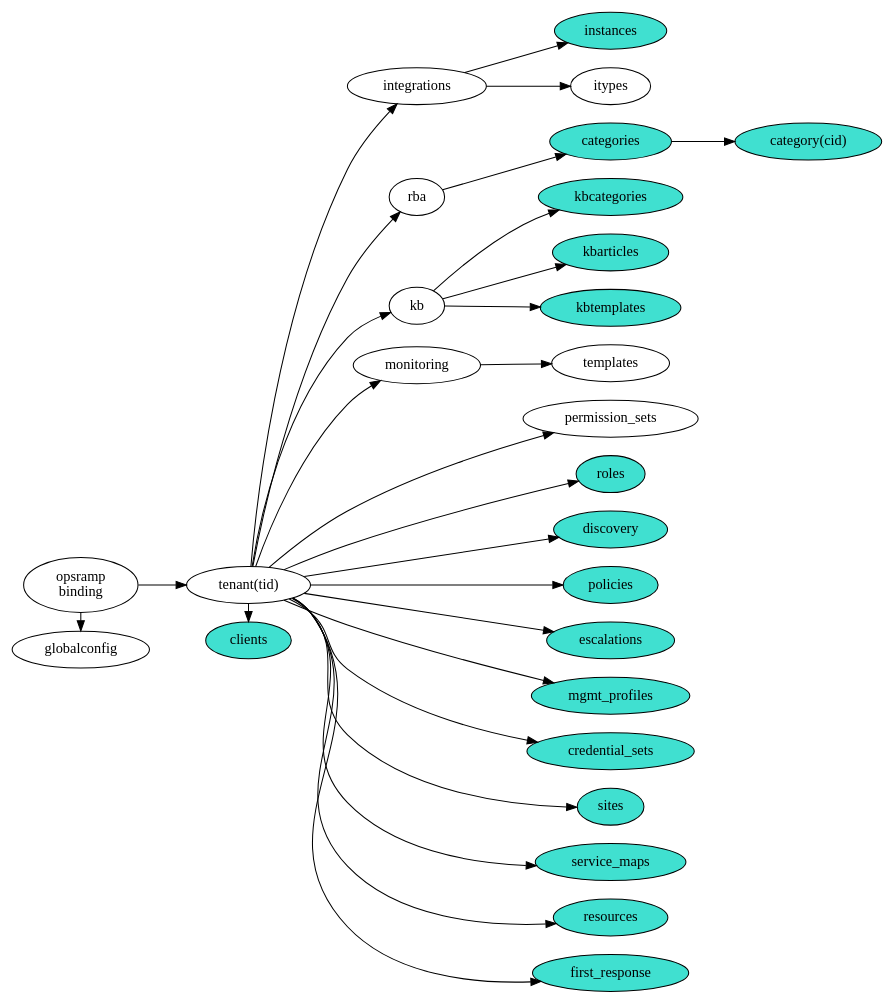
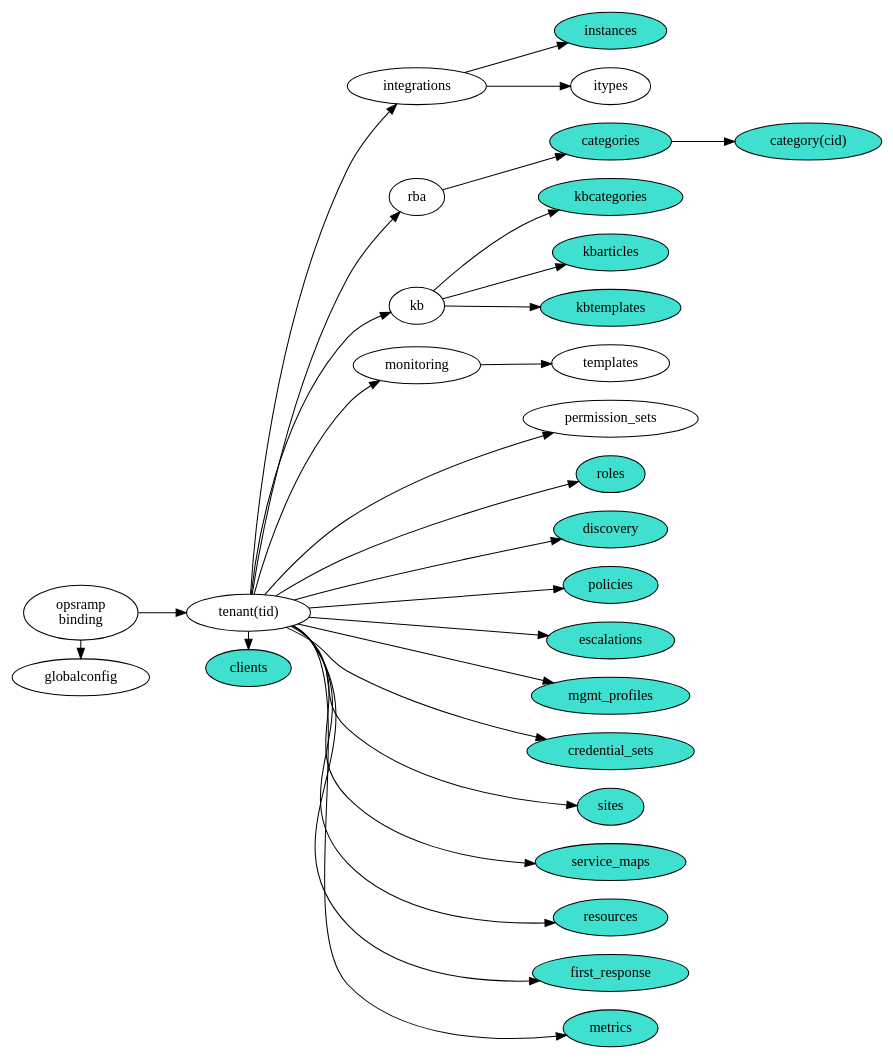
One commit to HewlettPackard/python-opsramp changed the diagram in classes.dot. Above: the diagram before and after it, drawn with Graphviz.

```diff
--- a/classes.dot
+++ b/classes.dot
@@ -1,54 +1,55 @@
 # classes.dot
 # An input file for graphviz that produces a diagram of the relationship
 # between the various classes in the python-opsramp language binding.
 #
 # (c) Copyright 2019-2020 Hewlett Packard Enterprise Development LP
 #
 # Licensed under the Apache License, Version 2.0 (the "License");
 # you may not use this file except in compliance with the License.
 # You may obtain a copy of the License at
 #
 #     http://www.apache.org/licenses/LICENSE-2.0
 #
 # Unless required by applicable law or agreed to in writing, software
 # distributed under the License is distributed on an "AS IS" BASIS,
 # WITHOUT WARRANTIES OR CONDITIONS OF ANY KIND, either express or implied.
 # See the License for the specific language governing permissions and
 # limitations under the License.
 #
 digraph {
   rankdir="LR";
   binding -> { globalconfig tenant }
-  tenant -> { clients integrations rba kb monitoring permission_sets roles discovery policies escalations mgmt_profiles credential_sets sites service_maps resources first_response}
+  tenant -> { clients integrations rba kb monitoring permission_sets roles discovery policies escalations mgmt_profiles credential_sets sites service_maps resources first_response metrics}
   rba -> categories
   categories -> category
   monitoring -> templates
   integrations -> { instances itypes }
   kb -> kbcategories
   kb -> kbarticles
   kb -> kbtemplates
 
   { rank=same binding globalconfig }
   { rank=same tenant clients }
-  { rank=same categories templates policies itypes instances discovery credential_sets permission_sets roles escalations mgmt_profiles sites service_maps resources first_response}
+  { rank=same categories templates policies itypes instances discovery credential_sets permission_sets roles escalations mgmt_profiles sites service_maps resources first_response metrics}
 
   binding [label="opsramp\nbinding"]
   tenant [label="tenant(tid)"]
   category [label="category(cid)" style="filled" fillcolor="turquoise"]
   instances [style="filled" fillcolor="turquoise"]
   categories [style="filled" fillcolor="turquoise"]
   policies [style="filled" fillcolor="turquoise"]
   clients [style="filled" fillcolor="turquoise"]
   discovery [style="filled" fillcolor="turquoise"]
   credential_sets [style="filled" fillcolor="turquoise"]
   roles [style="filled" fillcolor="turquoise"]
   escalations [style="filled" fillcolor="turquoise"]
   mgmt_profiles [style="filled" fillcolor="turquoise"]
   sites [style="filled" fillcolor="turquoise"]
   service_maps [style="filled" fillcolor="turquoise"]
   kbcategories [style="filled" fillcolor="turquoise"]
   kbarticles [style="filled" fillcolor="turquoise"]
   kbtemplates [style="filled" fillcolor="turquoise"]
   resources [style="filled" fillcolor="turquoise"]
   first_response [style="filled" fillcolor="turquoise"]
+  metrics [style="filled" fillcolor="turquoise"]
 }
```
